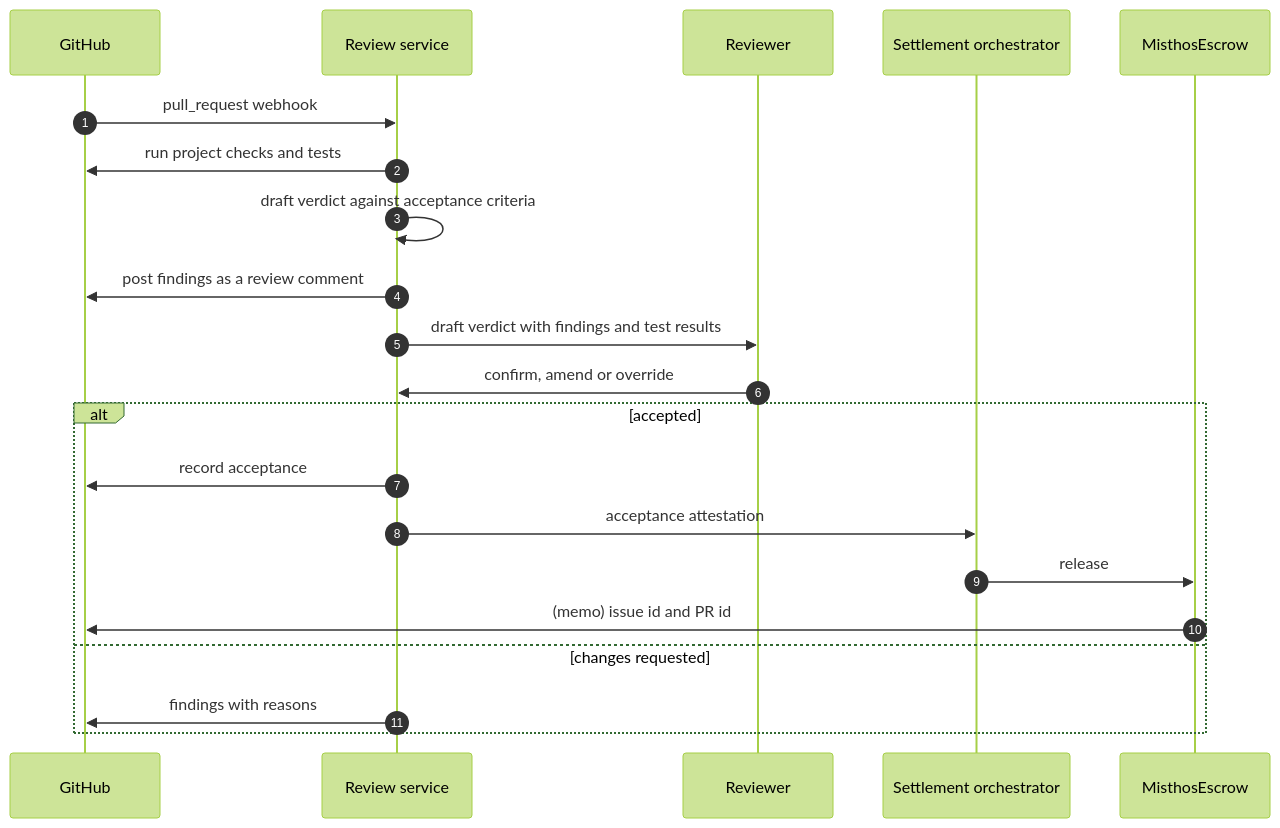
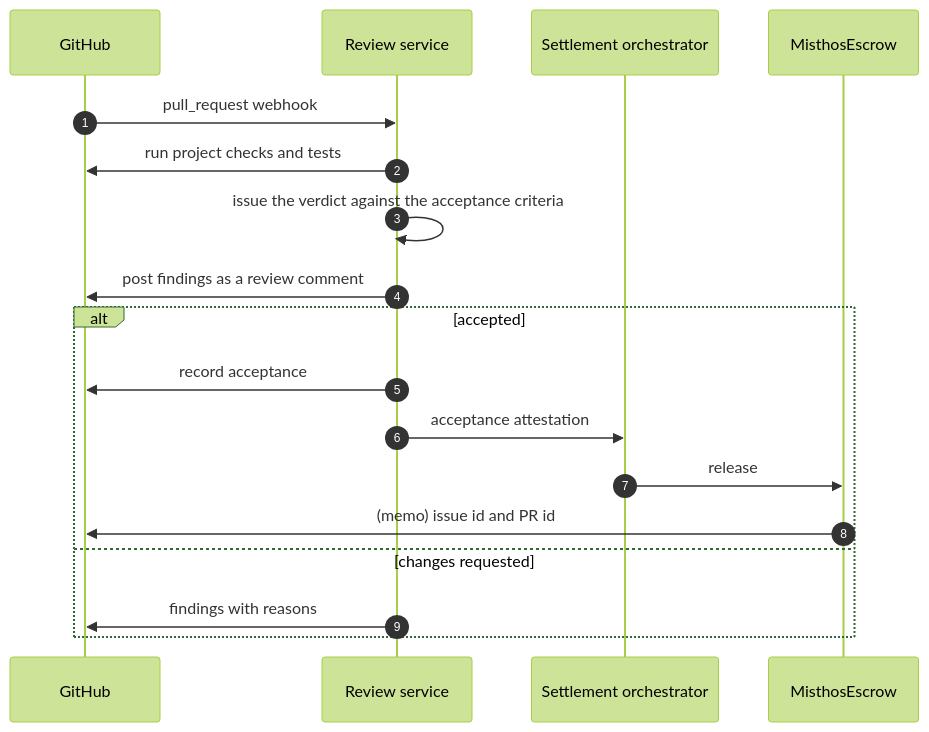
The fifth of 7 diagrams in docs/ARCHITECTURE.md (vanduc2514/hackathon-circle-misthos), drawn with Mermaid (forest theme) before and after one commit. The commit also changed other lines of this file and 27 other files, not shown here.

````diff
--- a/docs/ARCHITECTURE.md
+++ b/docs/ARCHITECTURE.md
@@ -384,24 +383,21 @@
 ```mermaid
 sequenceDiagram
     autonumber
     participant GH as GitHub
     participant RS as Review service
-    participant REV as Reviewer
     participant SET as Settlement orchestrator
     participant ESC as MisthosEscrow
 
     GH->>RS: pull_request webhook
     RS->>GH: run project checks and tests
-    RS->>RS: draft verdict against acceptance criteria
+    RS->>RS: issue the verdict against the acceptance criteria
     RS->>GH: post findings as a review comment
-    RS->>REV: draft verdict with findings and test results
-    REV->>RS: confirm, amend or override
     alt accepted
         RS->>GH: record acceptance
         RS->>SET: acceptance attestation
         SET->>ESC: release
         ESC->>GH: (memo) issue id and PR id
     else changes requested
         RS->>GH: findings with reasons
     end
 ```
````
